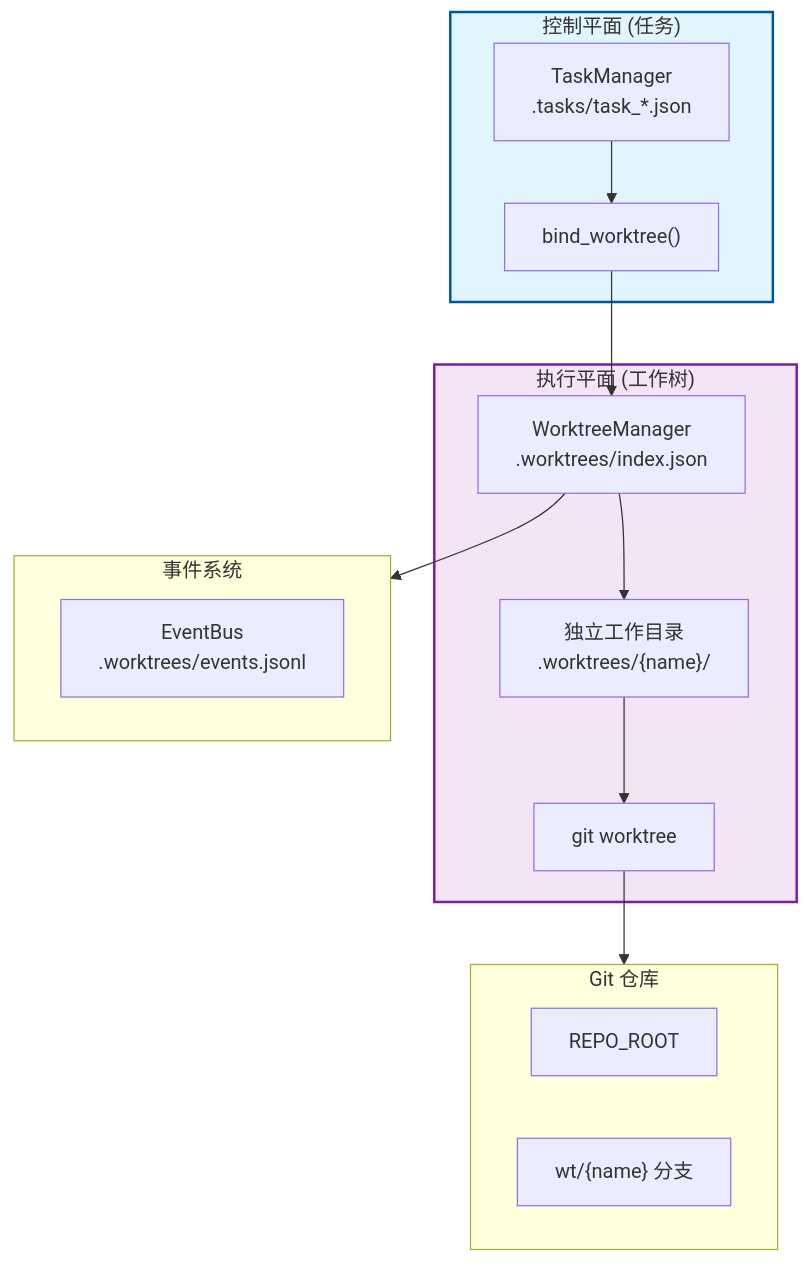
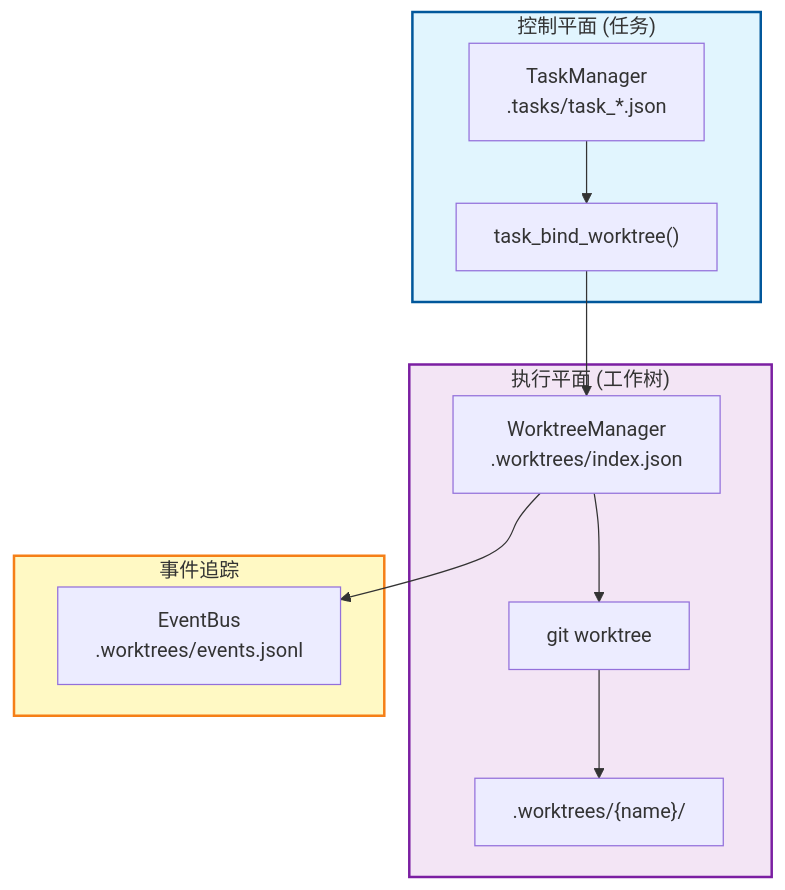
Before and after one commit to hata33/blog: the first of 2 diagrams in docs/01-learn-claude-code/01-执行流程/s12_worktree_task_isolation.md, drawn with Mermaid. The commit also changed other lines of this file and 5 other files, not shown here.

````diff
--- a/docs/01-learn-claude-code/01-执行流程/s12_worktree_task_isolation.md
+++ b/docs/01-learn-claude-code/01-执行流程/s12_worktree_task_isolation.md
@@ -9,33 +73,27 @@
 ```mermaid
 graph TB
-    subgraph ControlPlane["控制平面 (任务)"]
-        Task["TaskManager<br/>.tasks/task_*.json"]
-        Bind["bind_worktree()"]
+    subgraph Tasks["控制平面 (任务)"]
+        TM["TaskManager<br/>.tasks/task_*.json"]
+        Bind["task_bind_worktree()"]
     end
 
-    subgraph ExecutionPlane["执行平面 (工作树)"]
-        Work["WorktreeManager<br/>.worktrees/index.json"]
+    subgraph Worktrees["执行平面 (工作树)"]
+        WM["WorktreeManager<br/>.worktrees/index.json"]
         Git["git worktree"]
-        lanes["独立工作目录<br/>.worktrees/{name}/"]
+        Dir[".worktrees/{name}/"]
     end
 
-    subgraph Events["事件系统"]
-        EventBus["EventBus<br/>.worktrees/events.jsonl"]
+    subgraph Events["事件追踪"]
+        EB["EventBus<br/>.worktrees/events.jsonl"]
     end
 
-    subgraph Repo["Git 仓库"]
-        Root["REPO_ROOT"]
-        Branch["wt/{name} 分支"]
-    end
+    TM --> Bind
+    Bind --> WM
+    WM --> Git
+    Git --> Dir
+    WM --> EB
 
-    Task --> Bind
-    Bind --> Work
-    Work --> lanes
-    lanes --> Git
-    Git --> Repo
-
-    Work --> Events
-
-    style ControlPlane fill:#e1f5fe,stroke:#01579b,stroke-width:2px
-    style ExecutionPlane fill:#f3e5f5,stroke:#7b1fa2,stroke-width:2px
+    style Tasks fill:#e1f5fe,stroke:#01579b,stroke-width:2px
+    style Worktrees fill:#f3e5f5,stroke:#7b1fa2,stroke-width:2px
+    style Events fill:#fff9c4,stroke:#f57f17,stroke-width:2px
 ```
````
